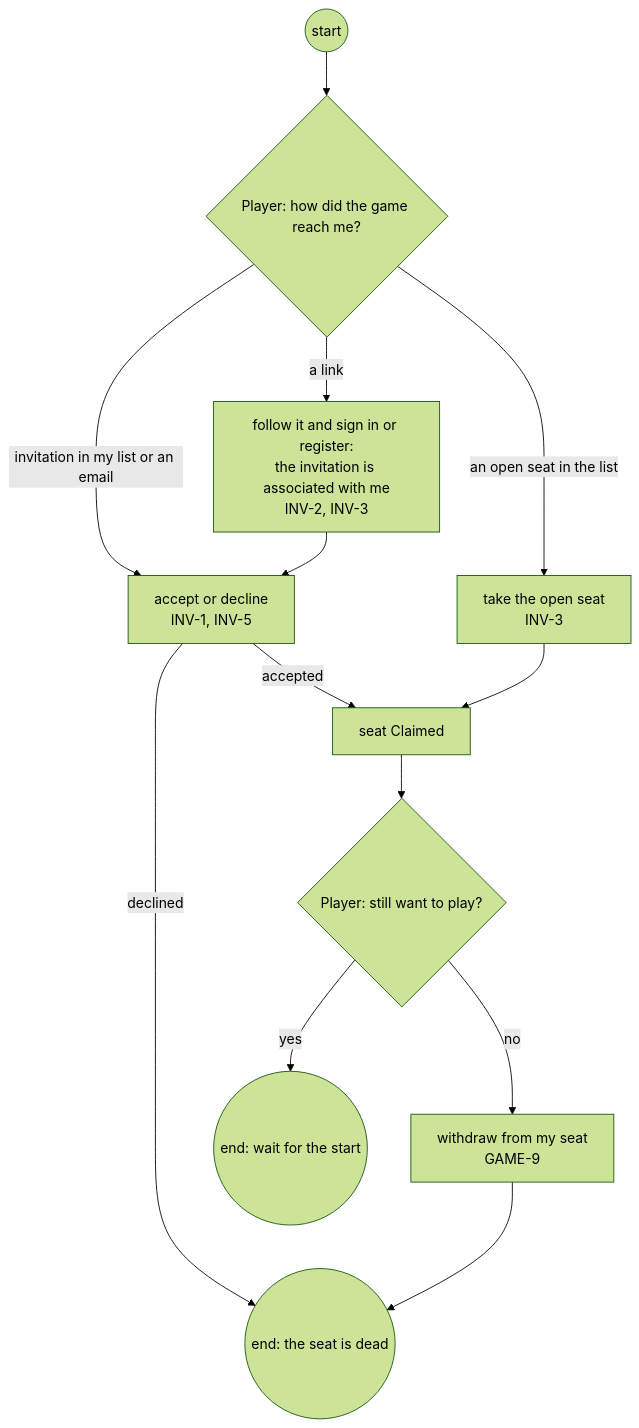
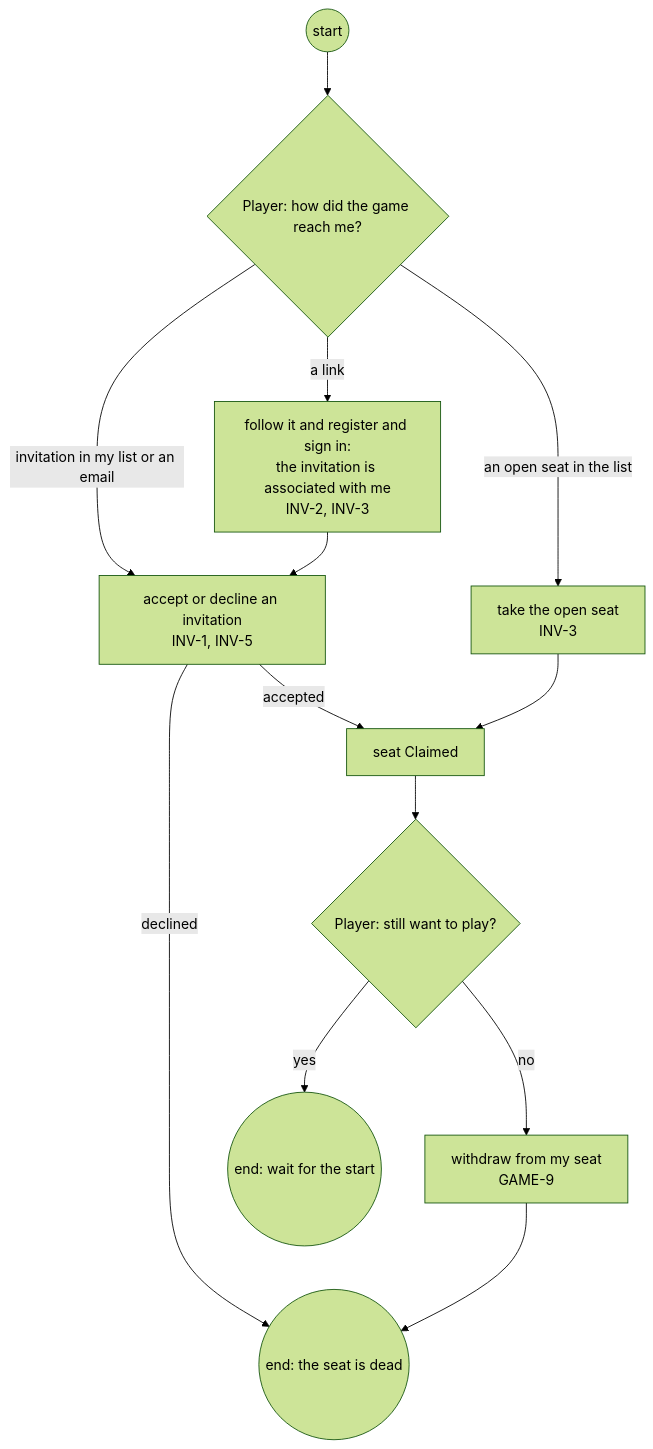
The tenth of 29 diagrams in docs/changes/workstreams/application-game-architecture/71-one-game-model/71-functional.md (delphside/programme), drawn with Mermaid (forest theme) before and after one commit. The commit also changed other lines of this file and 1 other file, not shown here.

````diff
--- a/docs/changes/workstreams/application-game-architecture/71-one-game-model/71-functional.md
+++ b/docs/changes/workstreams/application-game-architecture/71-one-game-model/71-functional.md
@@ -259,15 +256,15 @@
 ```mermaid
 flowchart TD
   s0((start)) --> d0{"Player: how did the game reach me?"}
-  d0 -- "invitation in my list or an email" --> a1["accept or decline<br/>INV-1, INV-5"]
-  d0 -- "a link" --> a2["follow it and sign in or register:<br/>the invitation is associated with me<br/>INV-2, INV-3"]
+  d0 -- "invitation in my list or an email" --> a1["accept or decline an invitation<br/>INV-1, INV-5"]
+  d0 -- "a link" --> a2["follow it and register and sign in:<br/>the invitation is associated with me<br/>INV-2, INV-3"]
   d0 -- "an open seat in the list" --> a3["take the open seat<br/>INV-3"]
   a2 --> a1
   a1 -- declined --> e0((end: the seat is dead))
   a1 -- accepted --> c1["seat Claimed"]
   a3 --> c1
   c1 --> d1{"Player: still want to play?"}
   d1 -- no --> a4["withdraw from my seat<br/>GAME-9"]
   d1 -- yes --> e1((end: wait for the start))
   a4 --> e0
 ```
````
